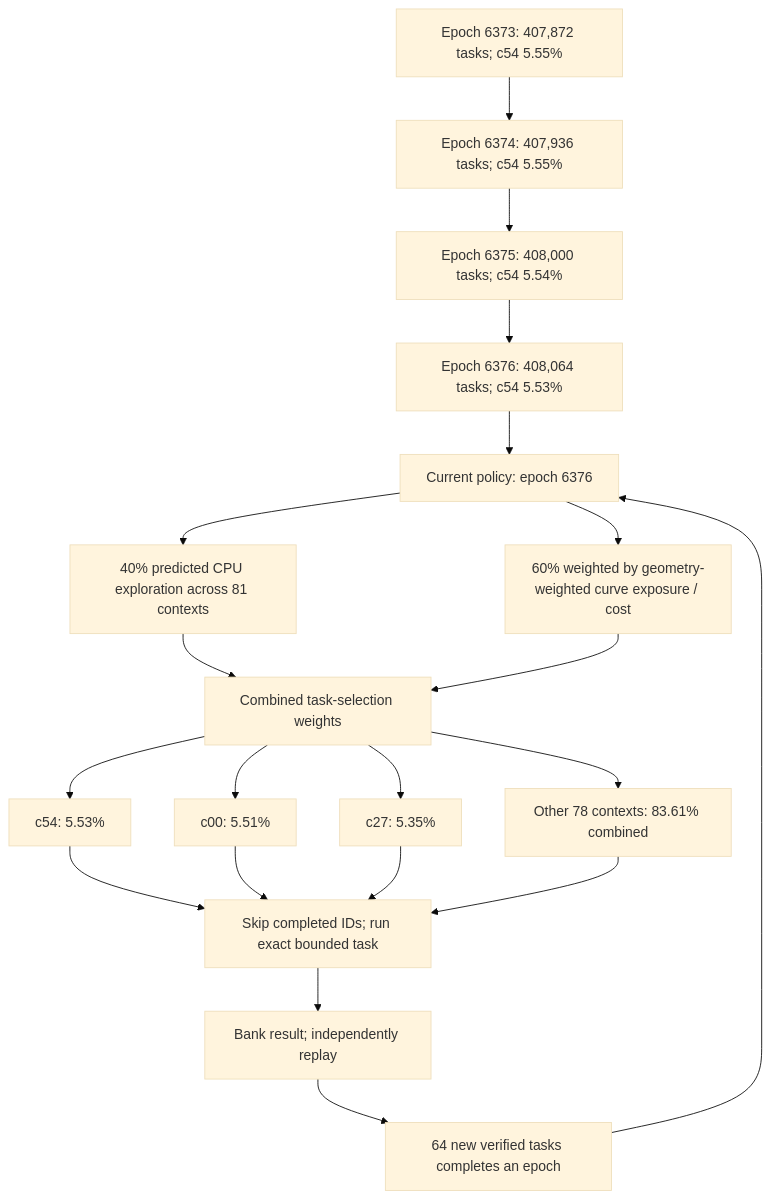
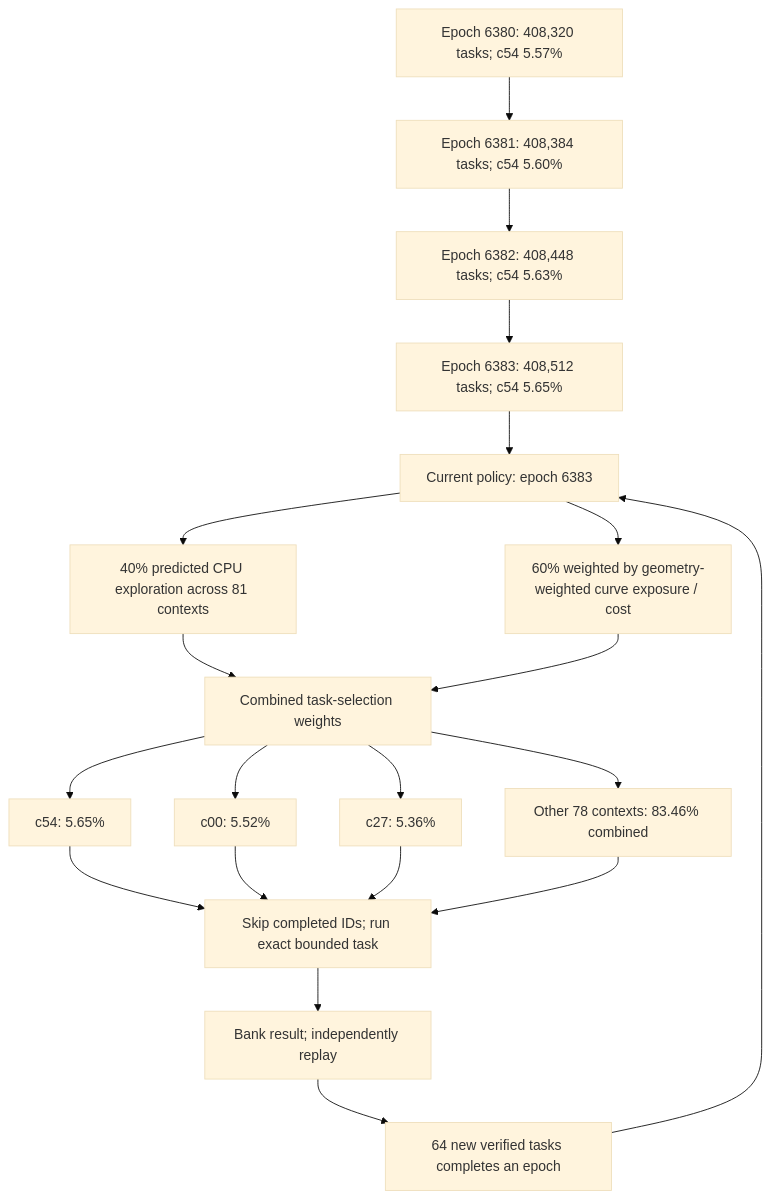
Before and after one commit to Kuberwastaken/math-gambling: the first of 4 diagrams in README.md, drawn with Mermaid (base theme). The commit also changed other lines of this file and 1972 other files, not shown here.

````diff
--- a/README.md
+++ b/README.md
@@ -60,27 +60,27 @@
 ```mermaid
 flowchart TD
-    H0["Epoch 6373: 407,872 tasks; c54 5.55%"]
-    H1["Epoch 6374: 407,936 tasks; c54 5.55%"]
+    H0["Epoch 6380: 408,320 tasks; c54 5.57%"]
+    H1["Epoch 6381: 408,384 tasks; c54 5.60%"]
     H0 --> H1
-    H2["Epoch 6375: 408,000 tasks; c54 5.54%"]
+    H2["Epoch 6382: 408,448 tasks; c54 5.63%"]
     H1 --> H2
-    H3["Epoch 6376: 408,064 tasks; c54 5.53%"]
+    H3["Epoch 6383: 408,512 tasks; c54 5.65%"]
     H2 --> H3
-    Policy["Current policy: epoch 6376"]
+    Policy["Current policy: epoch 6383"]
     H3 --> Policy
     Policy --> Explore["40% predicted CPU exploration across 81 contexts"]
     Policy --> Cost["60% weighted by geometry-weighted curve exposure / cost"]
     Explore --> Mix["Combined task-selection weights"]
     Cost --> Mix
-    Mix --> C0["c54: 5.53%"]
-    Mix --> C1["c00: 5.51%"]
-    Mix --> C2["c27: 5.35%"]
-    Mix --> Rest["Other 78 contexts: 83.61% combined"]
+    Mix --> C0["c54: 5.65%"]
+    Mix --> C1["c00: 5.52%"]
+    Mix --> C2["c27: 5.36%"]
+    Mix --> Rest["Other 78 contexts: 83.46% combined"]
     C0 --> Check["Skip completed IDs; run exact bounded task"]
     C1 --> Check
     C2 --> Check
     Rest --> Check
     Check --> Replay["Bank result; independently replay"]
     Replay --> Gate["64 new verified tasks completes an epoch"]
     Gate --> Policy
 ```
````
